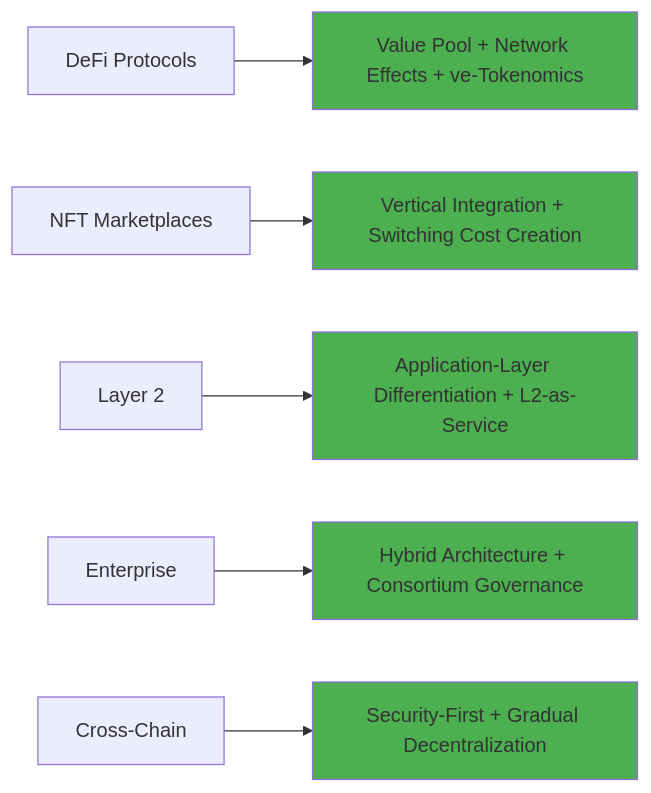
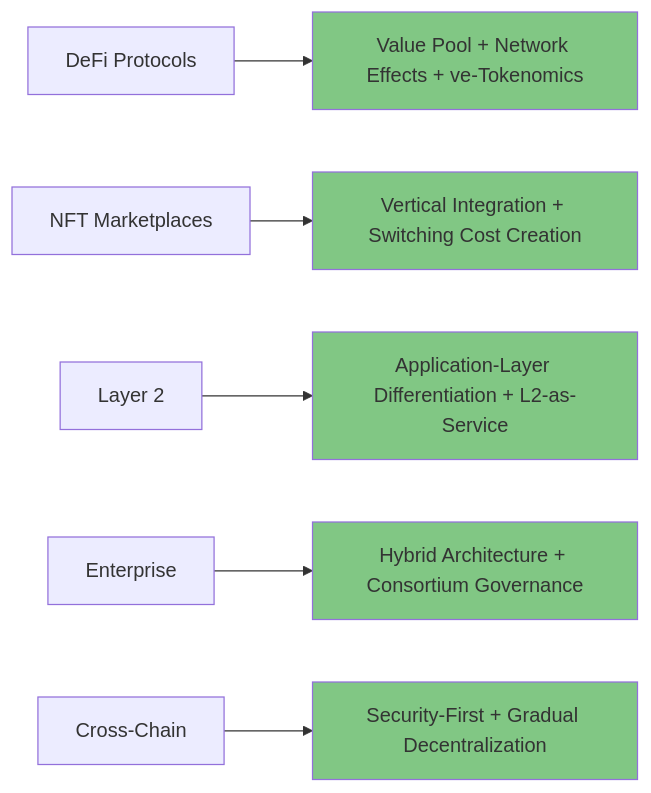
Diagram 11 of 11 in Industry/Blockchain/Blockchain/ValueChain/QA_Perplexity.md (ljg-cqu/knowledge), drawn with Mermaid before and after one commit. The commit also changed other lines of this file and 6 other files, not shown here.

````diff
--- a/Industry/Blockchain/Blockchain/ValueChain/QA_Perplexity.md
+++ b/Industry/Blockchain/Blockchain/ValueChain/QA_Perplexity.md
@@ -1280,14 +1280,14 @@
 ```mermaid
 graph LR
     D[DeFi Protocols] --> DF[Value Pool + Network Effects + ve-Tokenomics]
     N[NFT Marketplaces] --> NF[Vertical Integration + Switching Cost Creation]
     L[Layer 2] --> LF[Application-Layer Differentiation + L2-as-Service]
     E[Enterprise] --> EF[Hybrid Architecture + Consortium Governance]
     C[Cross-Chain] --> CF[Security-First + Gradual Decentralization]
     
-    style DF fill:#4CAF50
-    style NF fill:#4CAF50
-    style LF fill:#4CAF50
-    style EF fill:#4CAF50
-    style CF fill:#4CAF50
+    style DF fill:#81C784
+    style NF fill:#81C784
+    style LF fill:#81C784
+    style EF fill:#81C784
+    style CF fill:#81C784
 ```
````
